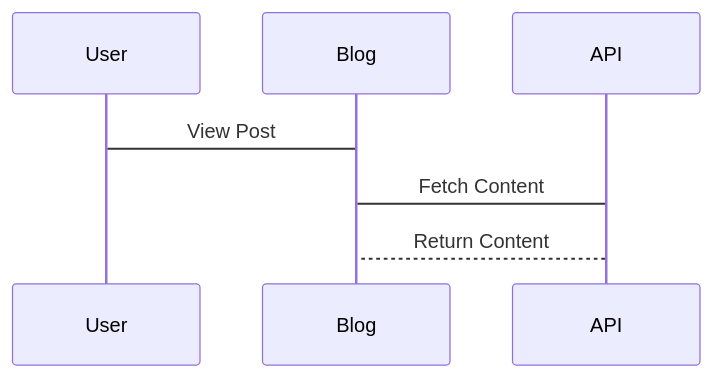
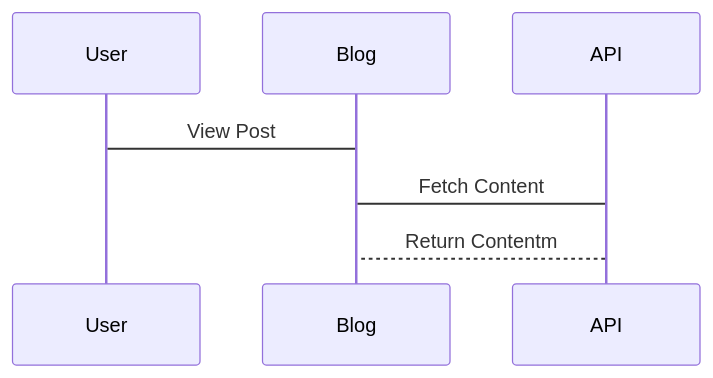
One commit to Cheffromspace/terminus changed the second of 2 diagrams in content/posts/test-mermaid.md. Above: the diagram before and after it, drawn with Mermaid. The commit also changed 7 other files, not shown here.

````diff
--- a/content/posts/test-mermaid.md
+++ b/content/posts/test-mermaid.md
@@ -24,9 +24,9 @@
 ```mermaid
 sequenceDiagram
     participant User
     participant Blog
     participant API
     User -> Blog: View Post
     Blog -> API: Fetch Content
-    API --> Blog: Return Content
+    API --> Blog: Return Contentm
 ```
````
